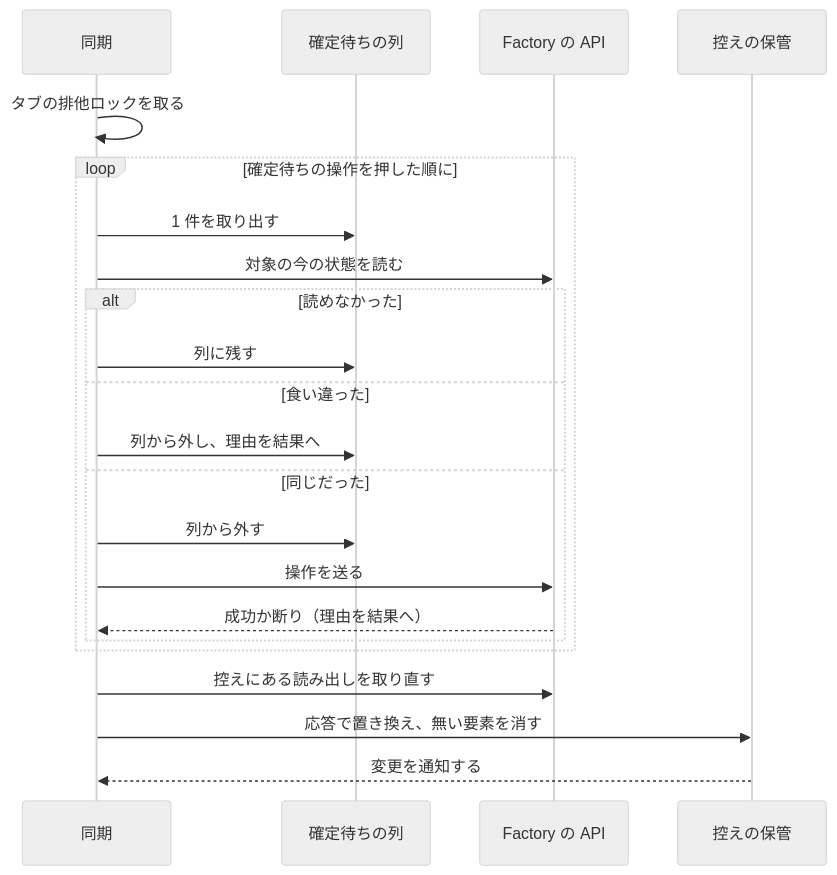
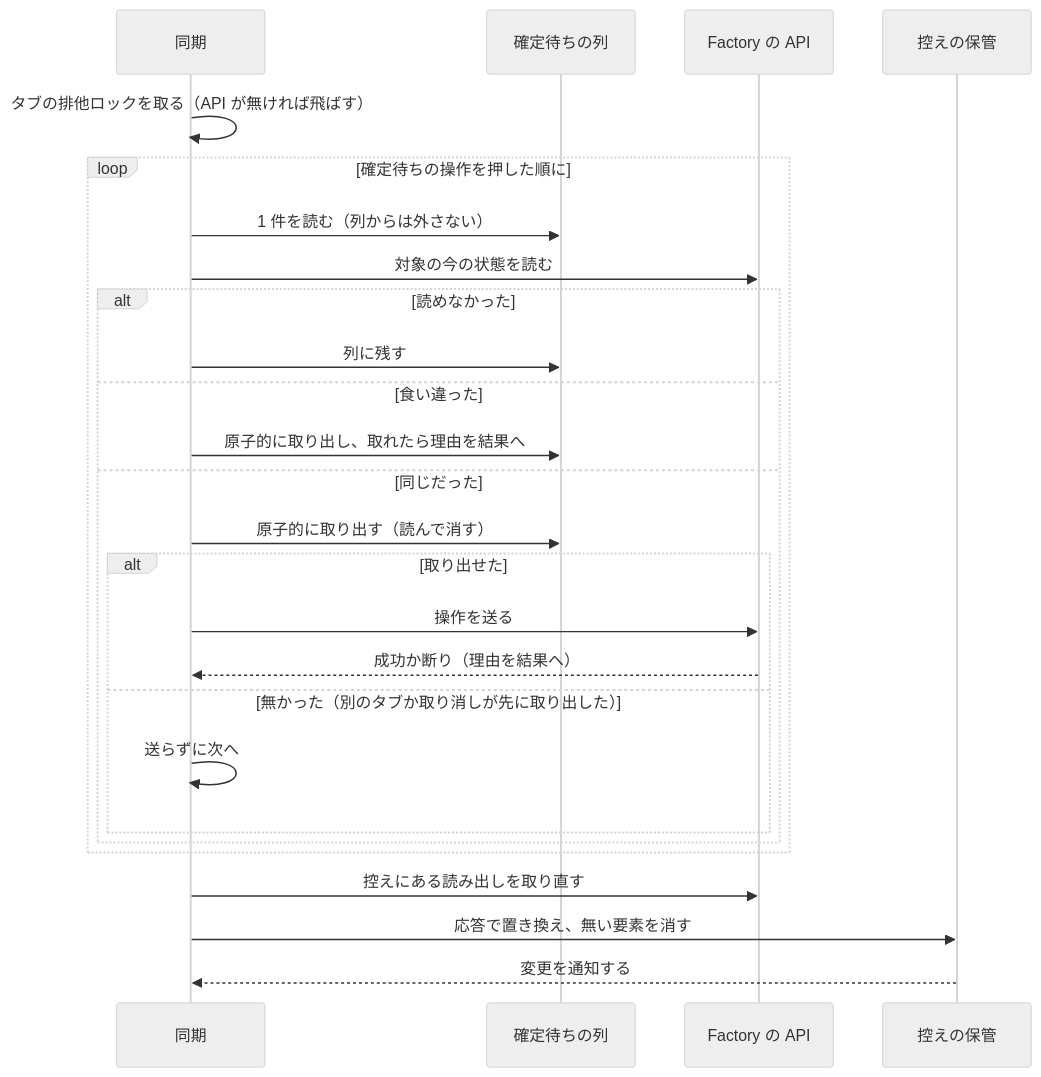
Before and after one commit to devbasex/ai-plugins: the sixth of 7 diagrams in issues/issue-2383-design.md, drawn with Mermaid (neutral theme). The commit also changed other lines of this file and 1 other file, not shown here.

Commit message:
Docs: #2383 の設計で、確定待ちの操作の送信を全タブを通じて多くとも 1 回にする（列からの原子的な取り出しで送る権利を 1 つに限る）

````diff
--- a/issues/issue-2383-design.md
+++ b/issues/issue-2383-design.md
@@ -393,24 +393,28 @@
 ```mermaid
 sequenceDiagram
     participant S as 同期
     participant Q as 確定待ちの列
     participant A as Factory の API
     participant V as 控えの保管
-    S->>S: タブの排他ロックを取る
+    S->>S: タブの排他ロックを取る（API が無ければ飛ばす）
     loop 確定待ちの操作を押した順に
-        S->>Q: 1 件を取り出す
+        S->>Q: 1 件を読む（列からは外さない）
         S->>A: 対象の今の状態を読む
         alt 読めなかった
             S->>Q: 列に残す
         else 食い違った
-            S->>Q: 列から外し、理由を結果へ
+            S->>Q: 原子的に取り出し、取れたら理由を結果へ
         else 同じだった
-            S->>Q: 列から外す
-            S->>A: 操作を送る
-            A-->>S: 成功か断り（理由を結果へ）
+            S->>Q: 原子的に取り出す（読んで消す）
+            alt 取り出せた
+                S->>A: 操作を送る
+                A-->>S: 成功か断り（理由を結果へ）
+            else 無かった（別のタブか取り消しが先に取り出した）
+                S->>S: 送らずに次へ
+            end
         end
     end
     S->>A: 控えにある読み出しを取り直す
     S->>V: 応答で置き換え、無い要素を消す
     V-->>S: 変更を通知する
 ```
````
